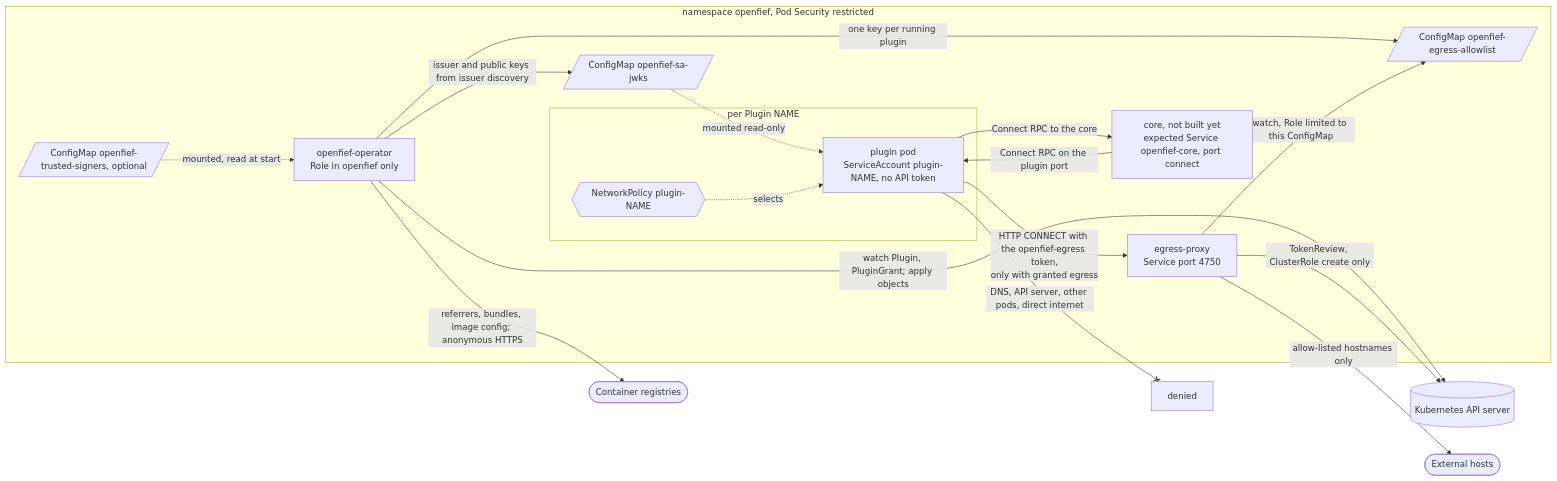
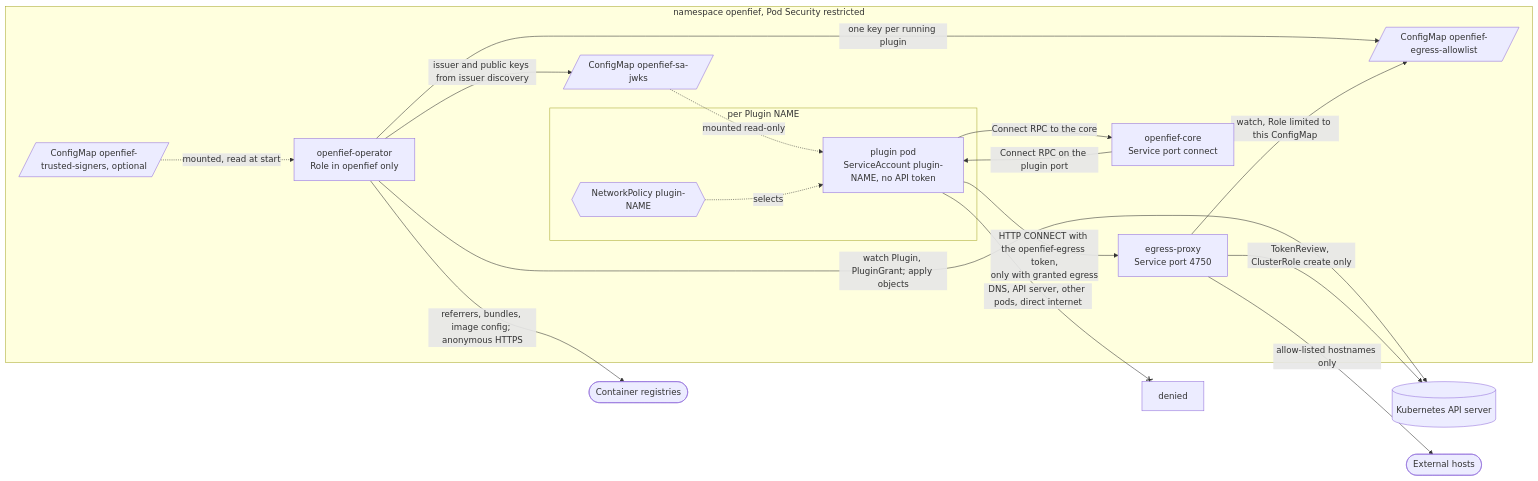
The fourth of 4 diagrams in docs/concepts/operator.md (arkadiuss/openfief), drawn with Mermaid before and after one commit. The commit also changed other lines of this file and 2 other files, not shown here.

First line of the commit message:
docs(concepts): the core runs valuation, and the e2e suite exists

````diff
--- a/docs/concepts/operator.md
+++ b/docs/concepts/operator.md
@@ -212,32 +212,32 @@
 ```mermaid
 flowchart LR
   api[("Kubernetes API server")]
   ext(["External hosts"])
   reg(["Container registries"])
   subgraph ns["namespace openfief, Pod Security restricted"]
     op["openfief-operator<br/>Role in openfief only"]
     ts[/"ConfigMap openfief-trusted-signers, optional"/]
     al[/"ConfigMap openfief-egress-allowlist"/]
     jwks[/"ConfigMap openfief-sa-jwks"/]
     proxy["egress-proxy<br/>Service port 4750"]
-    core["core, not built yet<br/>expected Service openfief-core, port connect"]
+    core["openfief-core<br/>Service port connect"]
     subgraph one["per Plugin NAME"]
       np{{"NetworkPolicy plugin-NAME"}}
       pod["plugin pod<br/>ServiceAccount plugin-NAME, no API token"]
     end
   end
   op -- "watch Plugin, PluginGrant; apply objects" --> api
   op -- "one key per running plugin" --> al
   op -- "issuer and public keys from issuer discovery" --> jwks
   jwks -. "mounted read-only" .-> pod
   ts -. "mounted, read at start" .-> op
   op -- "referrers, bundles, image config; anonymous HTTPS" --> reg
   proxy -- "watch, Role limited to this ConfigMap" --> al
   proxy -- "TokenReview, ClusterRole create only" --> api
   core -- "Connect RPC on the plugin port" --> pod
   pod -- "Connect RPC to the core" --> core
   pod -- "HTTP CONNECT with the openfief-egress token,<br/>only with granted egress" --> proxy
   proxy -- "allow-listed hostnames only" --> ext
   np -. "selects" .-> pod
   pod -- "DNS, API server, other pods, direct internet" --x denied["denied"]
 ```
````
